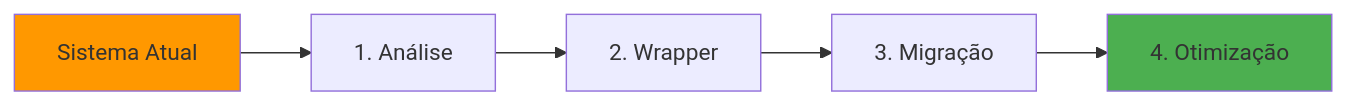
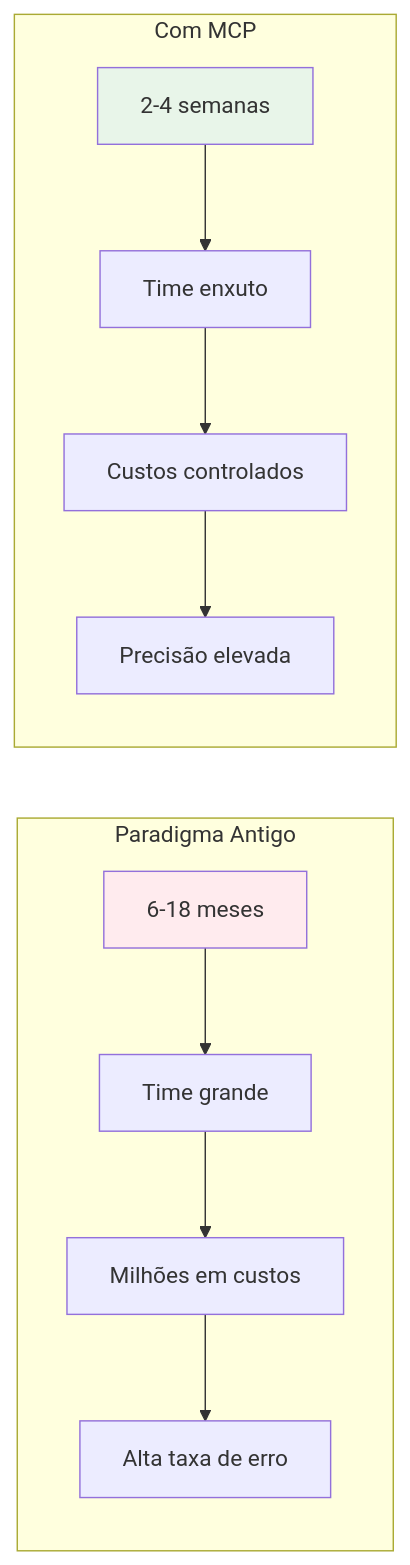
One commit to felipepimentel/my-public-notes changed the seventh of 17 diagrams in AI/Comunicação/MCP/00-mcp-presentation-zero to hero.md. Above: the diagram before and after it, drawn with Mermaid. The commit also changed other lines of this file, not shown here.

````diff
--- a/AI/Comunicação/MCP/00-mcp-presentation-zero to hero.md
+++ b/AI/Comunicação/MCP/00-mcp-presentation-zero to hero.md
@@ -405,10 +165,17 @@
 ```mermaid
 graph LR
-    CURRENT[Sistema Atual] --> ANALYZE[1. Análise]
-    ANALYZE --> WRAP[2. Wrapper]
-    WRAP --> MIGRATE[3. Migração]
-    MIGRATE --> OPTIMIZE[4. Otimização]
+    subgraph "Paradigma Antigo"
+        OLD1[6-18 meses] --> OLD2[Time grande]
+        OLD2 --> OLD3[Milhões em custos]
+        OLD3 --> OLD4[Alta taxa de erro]
+    end
     
-    style CURRENT fill:#ff9800
-    style OPTIMIZE fill:#4CAF50
+    subgraph "Com MCP"
+        NEW1[2-4 semanas] --> NEW2[Time enxuto]
+        NEW2 --> NEW3[Custos controlados]
+        NEW3 --> NEW4[Precisão elevada]
+    end
+    
+    style OLD1 fill:#ffebee
+    style NEW1 fill:#e8f5e9
 ```
````
